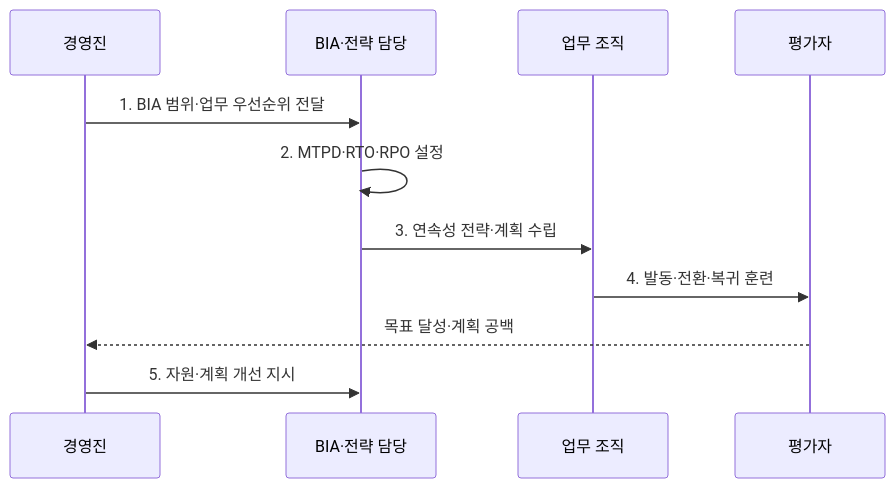
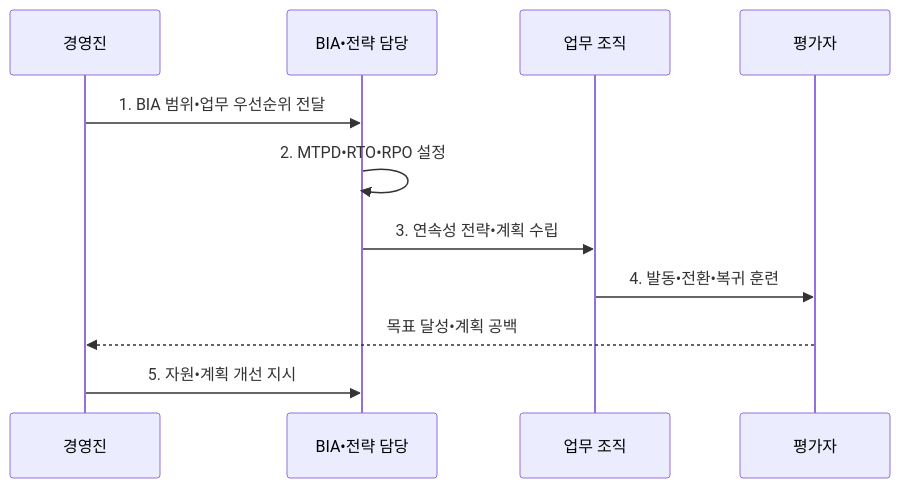
The second of 2 diagrams in src/content/docs/notes/05-security/110_business_continuity_plan.md (agnusdei1207/knowledge-base), drawn with Mermaid before and after one commit. The commit also changed other lines of this file and 953 other files, not shown here.

````diff
--- a/src/content/docs/notes/05-security/110_business_continuity_plan.md
+++ b/src/content/docs/notes/05-security/110_business_continuity_plan.md
@@ -99,13 +99,13 @@
 ```mermaid
 sequenceDiagram
   participant M as 경영진
-  participant S as BIA·전략 담당
+  participant S as BIA•전략 담당
   participant O as 업무 조직
   participant A as 평가자
-  M->>S: 1. BIA 범위·업무 우선순위 전달
-  S->>S: 2. MTPD·RTO·RPO 설정
-  S->>O: 3. 연속성 전략·계획 수립
-  O->>A: 4. 발동·전환·복귀 훈련
-  A-->>M: 목표 달성·계획 공백
-  M->>S: 5. 자원·계획 개선 지시
+  M->>S: 1. BIA 범위•업무 우선순위 전달
+  S->>S: 2. MTPD•RTO•RPO 설정
+  S->>O: 3. 연속성 전략•계획 수립
+  O->>A: 4. 발동•전환•복귀 훈련
+  A-->>M: 목표 달성•계획 공백
+  M->>S: 5. 자원•계획 개선 지시
 ```
````
